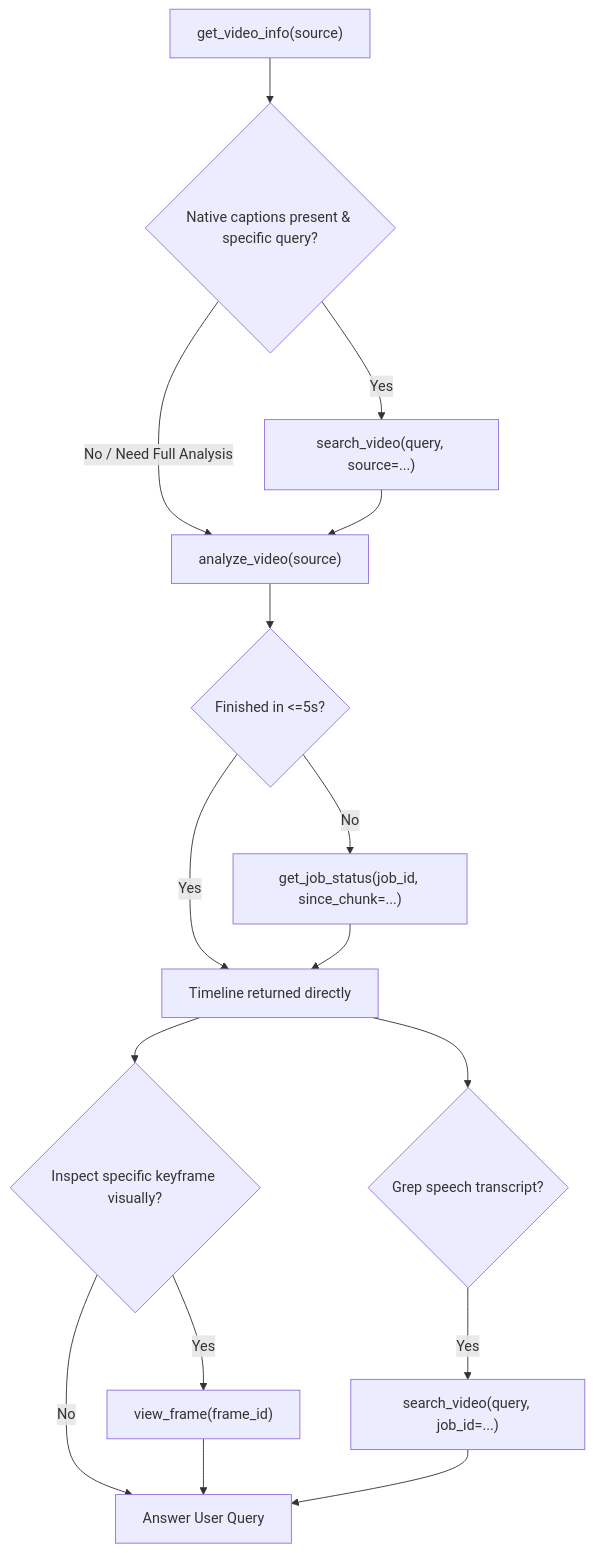
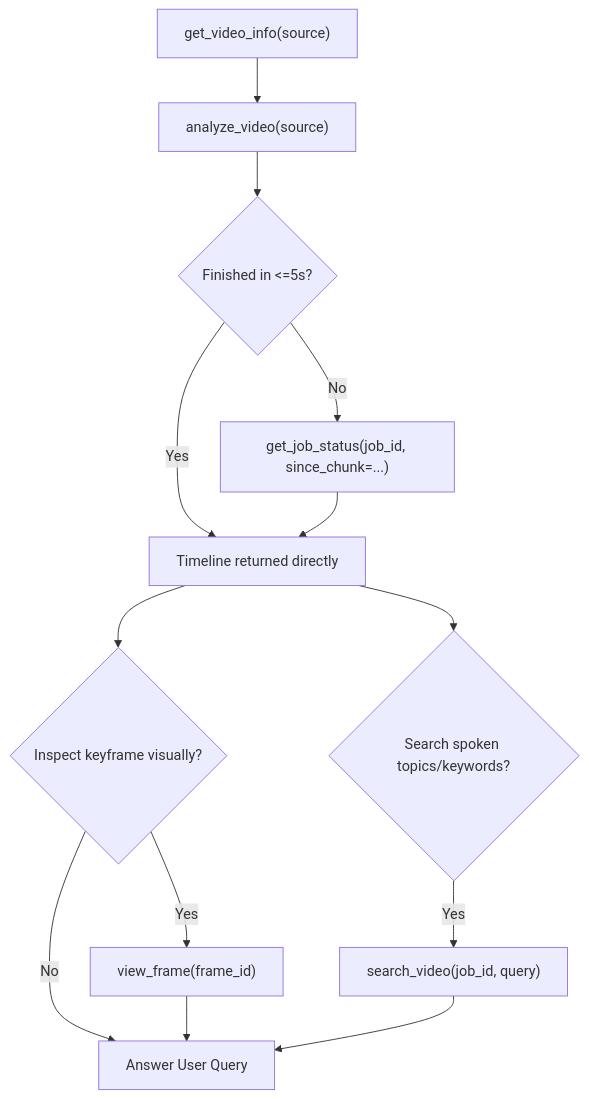
The second of 2 diagrams in README.md (DrowsyTM/vidscope), drawn with Mermaid before and after one commit. The commit also changed other lines of this file, not shown here.

Commit message:
docs: update README MCP tool table and workflow diagram to reflect post-analysis search and coverage metadata

````diff
--- a/README.md
+++ b/README.md
@@ -193,18 +193,15 @@
 ```mermaid
 flowchart TD
-    A["get_video_info(source)"] --> B{"Native captions present & specific query?"}
-    B -- Yes --> C["search_video(query, source=...)"]
-    B -- No / Need Full Analysis --> D["analyze_video(source)"]
-    C --> D
-    D --> E{"Finished in <=5s?"}
-    E -- Yes --> F["Timeline returned directly"]
-    E -- No --> G["get_job_status(job_id, since_chunk=...)"]
-    G --> F
-    F --> H{"Inspect specific keyframe visually?"}
-    H -- Yes --> I["view_frame(frame_id)"]
-    H -- No --> J["Answer User Query"]
-    I --> J
-    F --> K{"Grep speech transcript?"}
-    K -- Yes --> L["search_video(query, job_id=...)"]
-    L --> J
+    A["get_video_info(source)"] --> B["analyze_video(source)"]
+    B --> C{"Finished in <=5s?"}
+    C -- Yes --> D["Timeline returned directly"]
+    C -- No --> E["get_job_status(job_id, since_chunk=...)"]
+    E --> D
+    D --> F{"Inspect keyframe visually?"}
+    F -- Yes --> G["view_frame(frame_id)"]
+    F -- No --> H["Answer User Query"]
+    G --> H
+    D --> I{"Search spoken topics/keywords?"}
+    I -- Yes --> J["search_video(job_id, query)"]
+    J --> H
 ```
````
